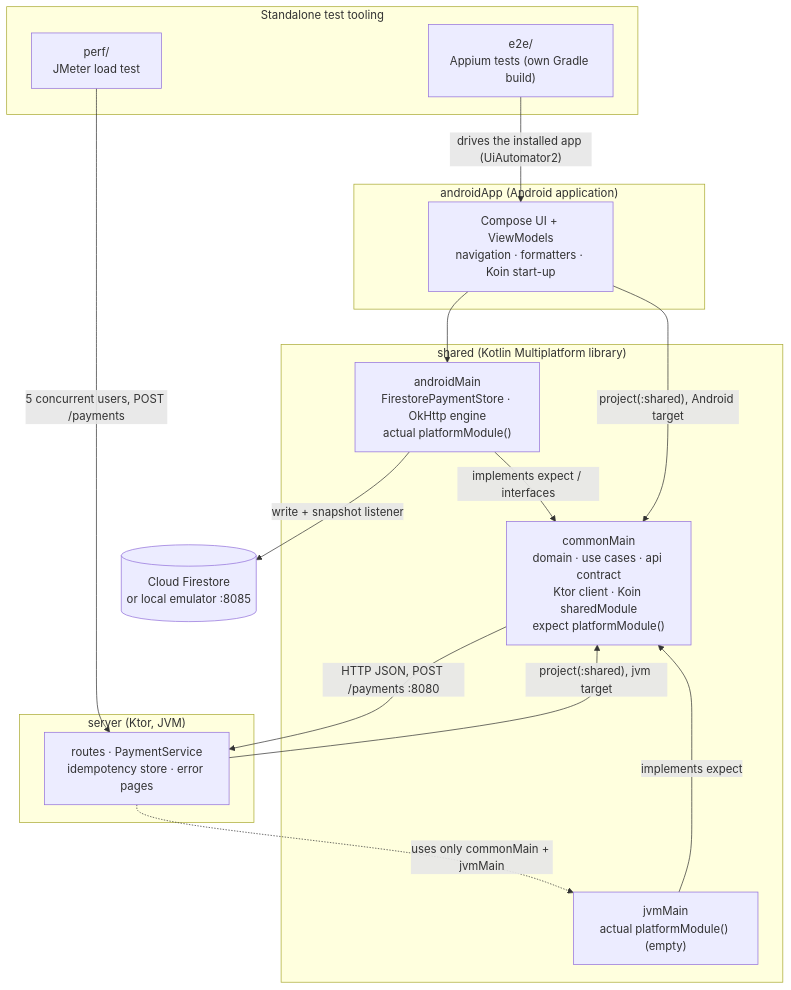
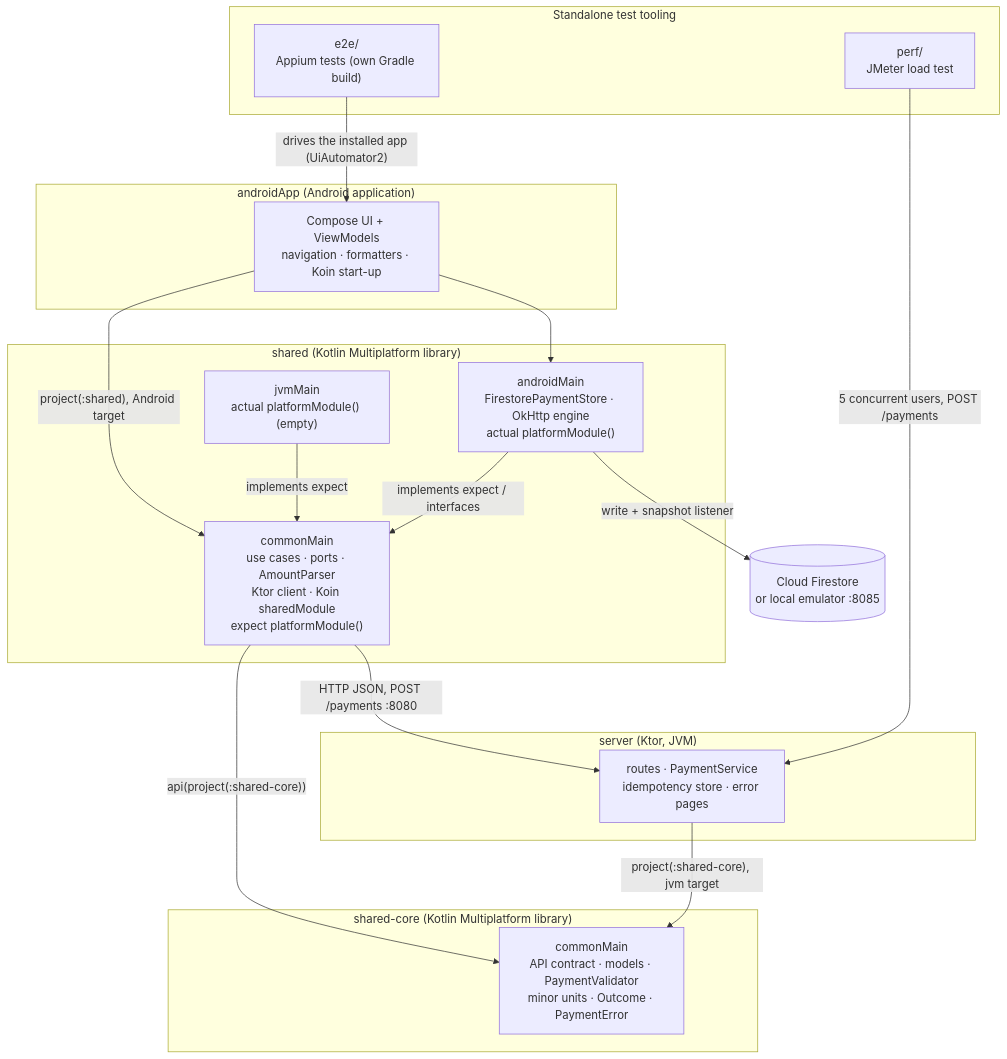
Before and after one commit to OwaysSH/cashi_payment_demo: the diagram in docs/PROJECT_TOUR.md, drawn with Mermaid. The commit also changed other lines of this file and 35 other files, not shown here.

Commit message:
Extract shared-core with the API contract and core domain rules

````diff
--- a/docs/PROJECT_TOUR.md
+++ b/docs/PROJECT_TOUR.md
@@ -22,34 +24,38 @@
 ```mermaid
 flowchart TB
     subgraph app["androidApp (Android application)"]
         AppUI["Compose UI + ViewModels<br/>navigation · formatters · Koin start-up"]
     end
 
+    subgraph core["shared-core (Kotlin Multiplatform library)"]
+        Core["commonMain<br/>API contract · models · PaymentValidator<br/>minor units · Outcome · PaymentError"]
+    end
+
     subgraph shared["shared (Kotlin Multiplatform library)"]
-        Common["commonMain<br/>domain · use cases · api contract<br/>Ktor client · Koin sharedModule<br/>expect platformModule()"]
+        Common["commonMain<br/>use cases · ports · AmountParser<br/>Ktor client · Koin sharedModule<br/>expect platformModule()"]
         AndroidMain["androidMain<br/>FirestorePaymentStore · OkHttp engine<br/>actual platformModule()"]
         JvmMain["jvmMain<br/>actual platformModule() (empty)"]
         AndroidMain -- "implements expect / interfaces" --> Common
         JvmMain -- "implements expect" --> Common
     end
 
     subgraph srv["server (Ktor, JVM)"]
         Server["routes · PaymentService<br/>idempotency store · error pages"]
     end
 
     subgraph tools["Standalone test tooling"]
         E2E["e2e/<br/>Appium tests (own Gradle build)"]
         Perf["perf/<br/>JMeter load test"]
     end
 
     Firestore[("Cloud Firestore<br/>or local emulator :8085")]
 
     AppUI -- "project(:shared), Android target" --> Common
     AppUI --> AndroidMain
-    Server -- "project(:shared), jvm target" --> Common
-    Server -. "uses only commonMain + jvmMain" .-> JvmMain
+    Common -- "api(project(:shared-core))" --> Core
+    Server -- "project(:shared-core), jvm target" --> Core
     Common -- "HTTP JSON, POST /payments :8080" --> Server
     AndroidMain -- "write + snapshot listener" --> Firestore
     E2E -- "drives the installed app (UiAutomator2)" --> AppUI
     Perf -- "5 concurrent users, POST /payments" --> Server
 ```
````
